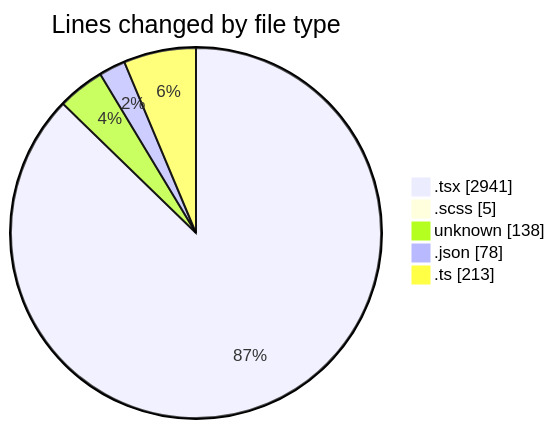
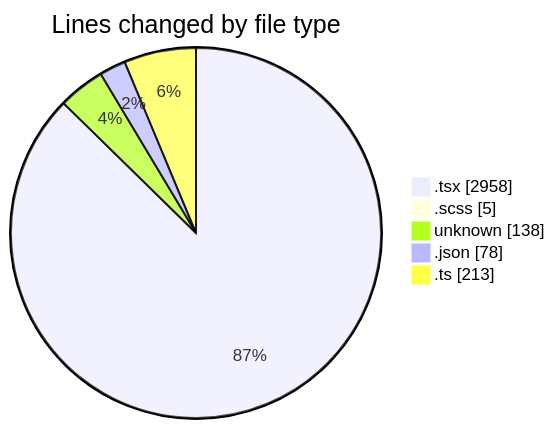
Before and after one commit to momahboobian/code-tracking: the first of 2 diagrams in 2026-10-13/cda/README.md, drawn with Mermaid. The commit also changed other lines of this file and 1 other file, not shown here.

````diff
--- a/2026-10-13/cda/README.md
+++ b/2026-10-13/cda/README.md
@@ -38,9 +38,9 @@
 ```mermaid
 pie showData
 title Lines changed by file type
-".tsx" : 2941
+".tsx" : 2958
 ".scss" : 5
 "unknown" : 138
 ".json" : 78
 ".ts" : 213
 ```
````
